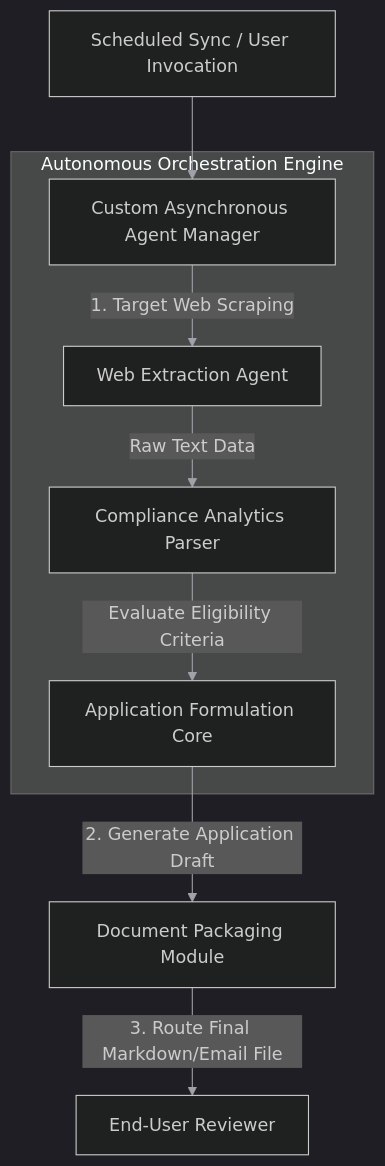
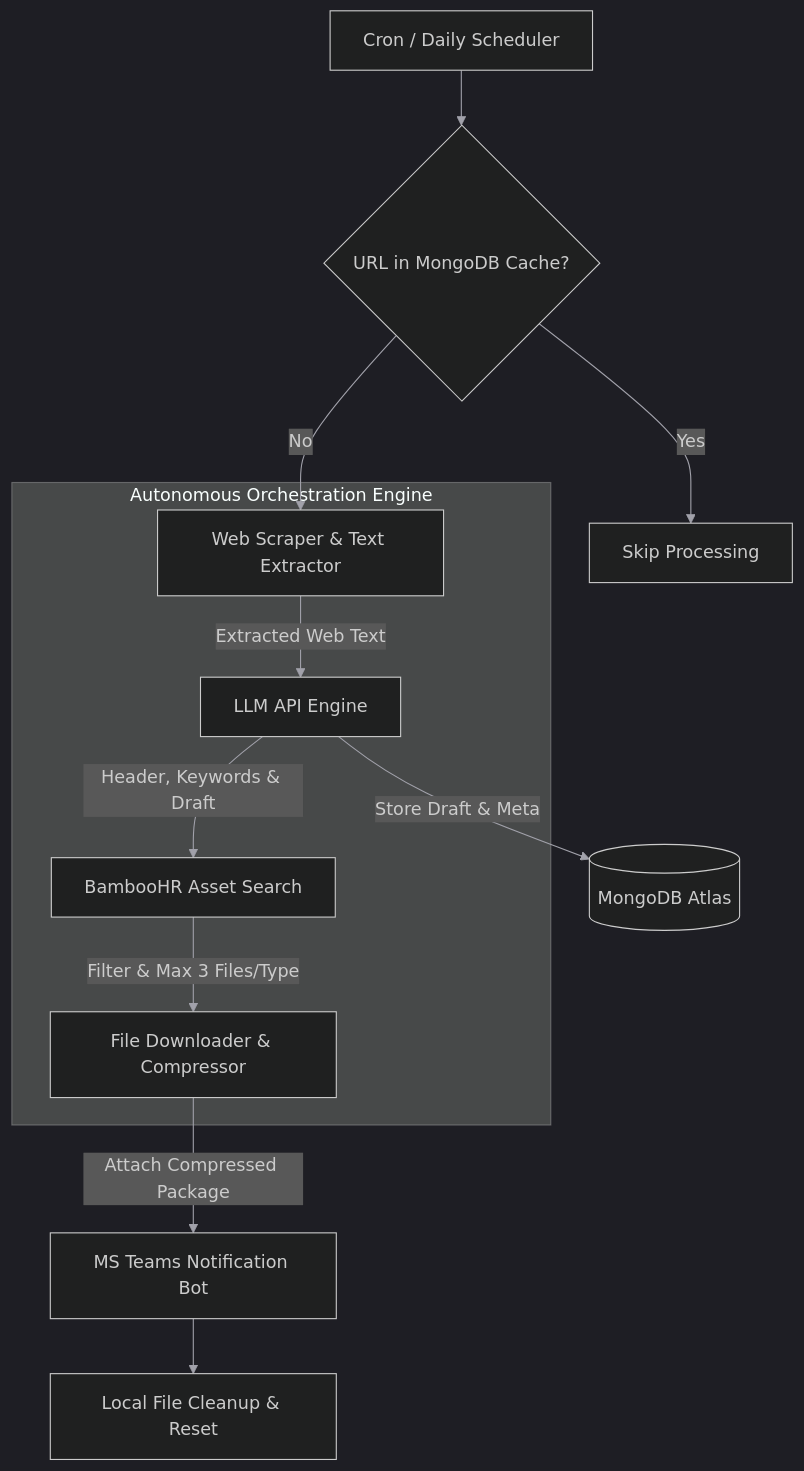
The diagram in Agentic-AI-system/README.md (wevans02/Meta-Employment-Services-Internship), drawn with Mermaid before and after one commit.

Commit message:
Updating the Agentic AI Arcitecture

````diff
--- a/Agentic-AI-system/README.md
+++ b/Agentic-AI-system/README.md
@@ -7,14 +7,19 @@
 ```mermaid
 %%{init: { 'theme': 'dark', 'themeVariables': { 'lineColor': '#a1a1aa', 'labelColor': '#ffffff', 'primaryColor': '#1e293b', 'primaryTextColor': '#ffffff', 'actorLineColor': '#ffffff' }}}%%
 graph TD
-    Trigger[Scheduled Sync / User Invocation] --> AgentLoop[Custom Asynchronous Agent Manager]
+    Trigger[Cron / Daily Scheduler] --> CacheCheck{URL in MongoDB Cache?}
     
+    CacheCheck -->|Yes| Skip[Skip Processing]
+    CacheCheck -->|No| Scraper[Web Scraper & Text Extractor]
+
     subgraph Autonomous Orchestration Engine
-        AgentLoop -->|1. Target Web Scraping| Finder[Web Extraction Agent]
-        Finder -->|Raw Text Data| Filter[Compliance Analytics Parser]
-        Filter -->|Evaluate Eligibility Criteria| DraftEngine[Application Formulation Core]
+        Scraper -->|Extracted Web Text| LLM[LLM API Engine]
+        LLM -->|Header, Keywords & Draft| HRSearch[BambooHR Asset Search]
+        HRSearch -->|Filter & Max 3 Files/Type| ZipEngine[File Downloader & Compressor]
     end
+
+    LLM -->|Store Draft & Meta| Mongo[(MongoDB Atlas)]
+    ZipEngine -->|Attach Compressed Package| Teams[MS Teams Notification Bot]
     
-    DraftEngine -->|2. Generate Application Draft| Delivery[Document Packaging Module]
-    Delivery -->|3. Route Final Markdown/Email File| User[End-User Reviewer]
+    Teams --> Cleanup[Local File Cleanup & Reset]
 ```
````
